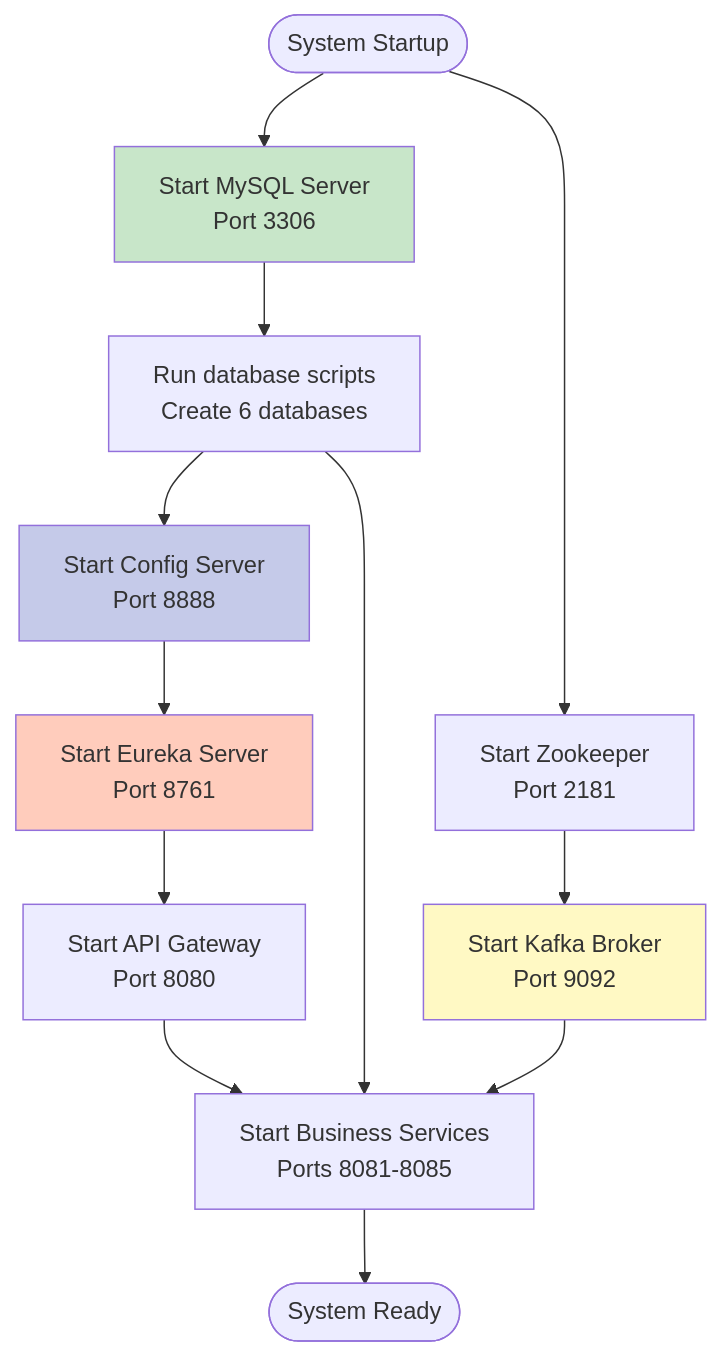
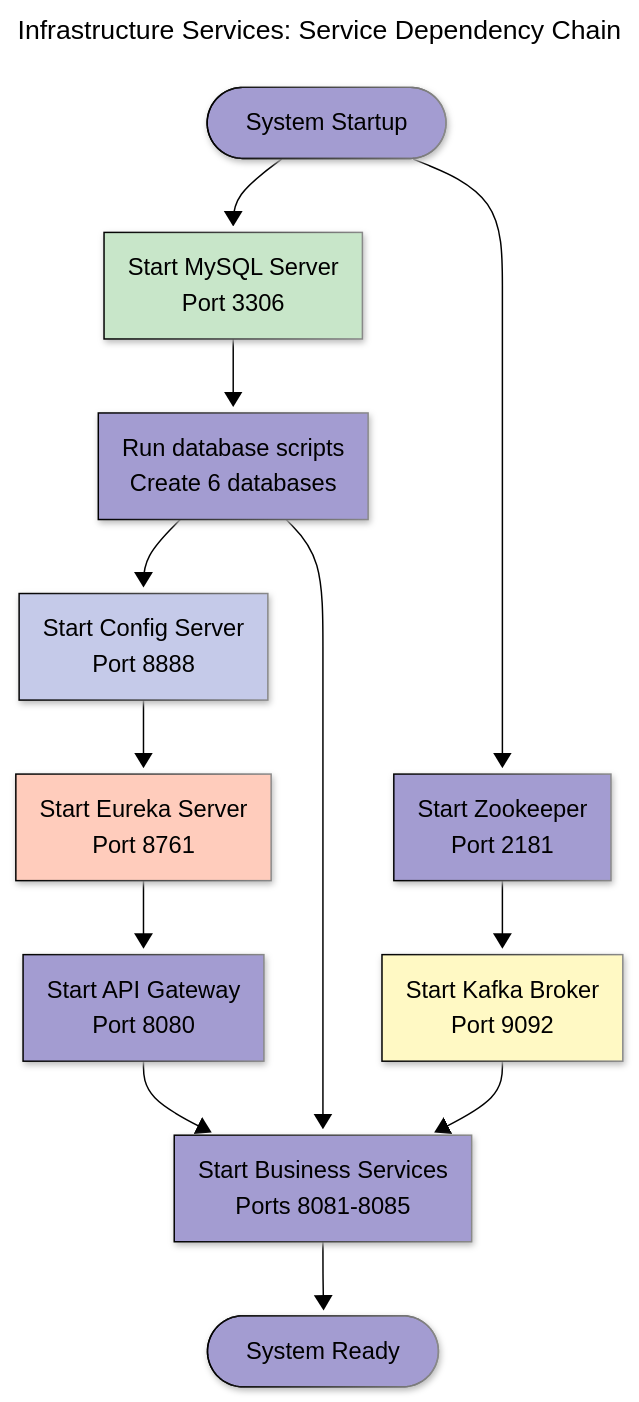
One commit to BrunoGil-AS/Vending-Machine-Microservices changed the eighth of 8 diagrams in Documentation/diagrams/infrastructure-services.md. Above: the diagram before and after it, drawn with Mermaid. The commit also changed other lines of this file and 7 other files, not shown here.

Commit message:
docs: Update service diagrams with new configurations and titles

````diff
--- a/Documentation/diagrams/infrastructure-services.md
+++ b/Documentation/diagrams/infrastructure-services.md
@@ -454,24 +552,38 @@
 ```mermaid
+---
+config:
+  theme: base
+  themeVariables:
+    primaryColor: '#a39cd1ff'
+    primaryTextColor: '#000000'
+    secondaryTextColor: '#ffffffff'
+    primaryBorderColor: '#000000'
+    lineColor: '#000000ff'
+    secondaryColor: '#90b590ff'
+    tertiaryColor: '#f9f6a1ff'
+  look: neo
+title: 'Infrastructure Services: Service Dependency Chain'
+---
 graph TB
     START([System Startup]) --> MYSQL[Start MySQL Server<br/>Port 3306]
     START --> ZOOKEEPER[Start Zookeeper<br/>Port 2181]
 
     MYSQL --> DB_INIT[Run database scripts<br/>Create 6 databases]
     ZOOKEEPER --> KAFKA[Start Kafka Broker<br/>Port 9092]
 
     DB_INIT --> CONFIG[Start Config Server<br/>Port 8888]
     CONFIG --> EUREKA[Start Eureka Server<br/>Port 8761]
 
     EUREKA --> GATEWAY[Start API Gateway<br/>Port 8080]
 
     GATEWAY --> BUSINESS[Start Business Services<br/>Ports 8081-8085]
     KAFKA --> BUSINESS
     DB_INIT --> BUSINESS
 
     BUSINESS --> READY([System Ready])
 
     style CONFIG fill:#c5cae9
     style EUREKA fill:#ffccbc
     style KAFKA fill:#fff9c4
     style MYSQL fill:#c8e6c9
 ```
````
